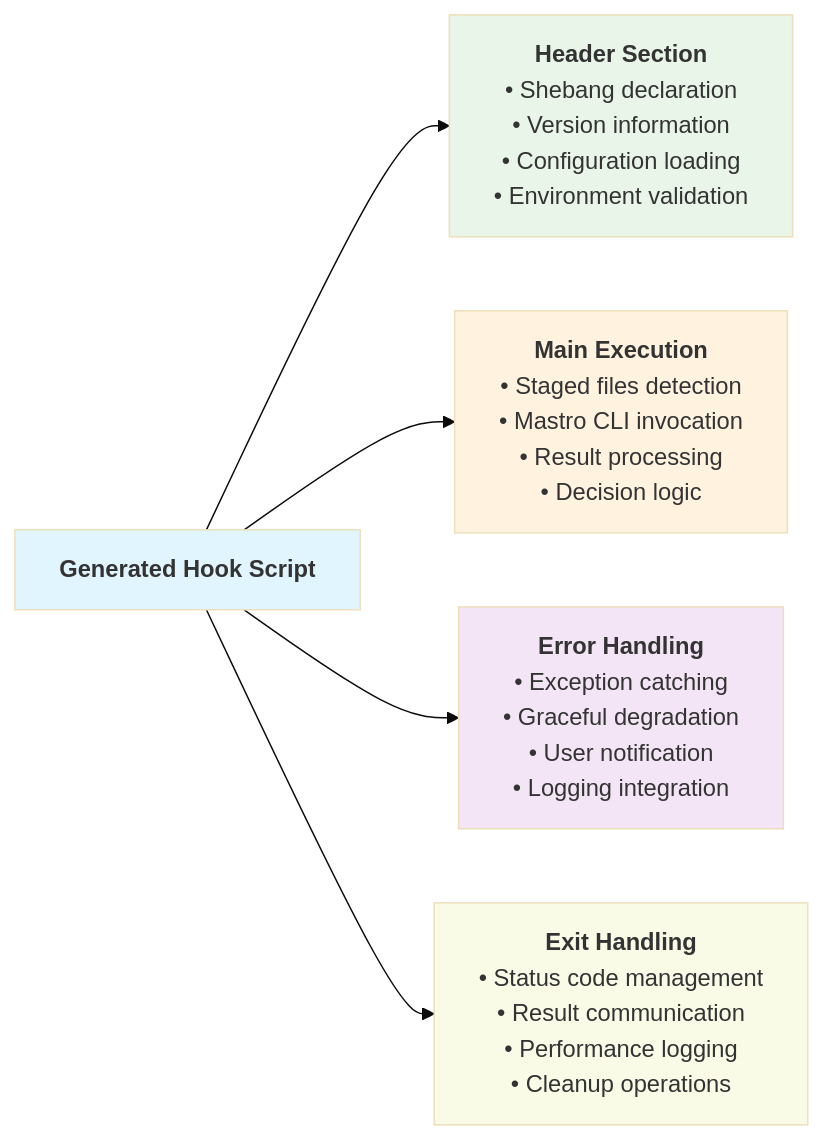
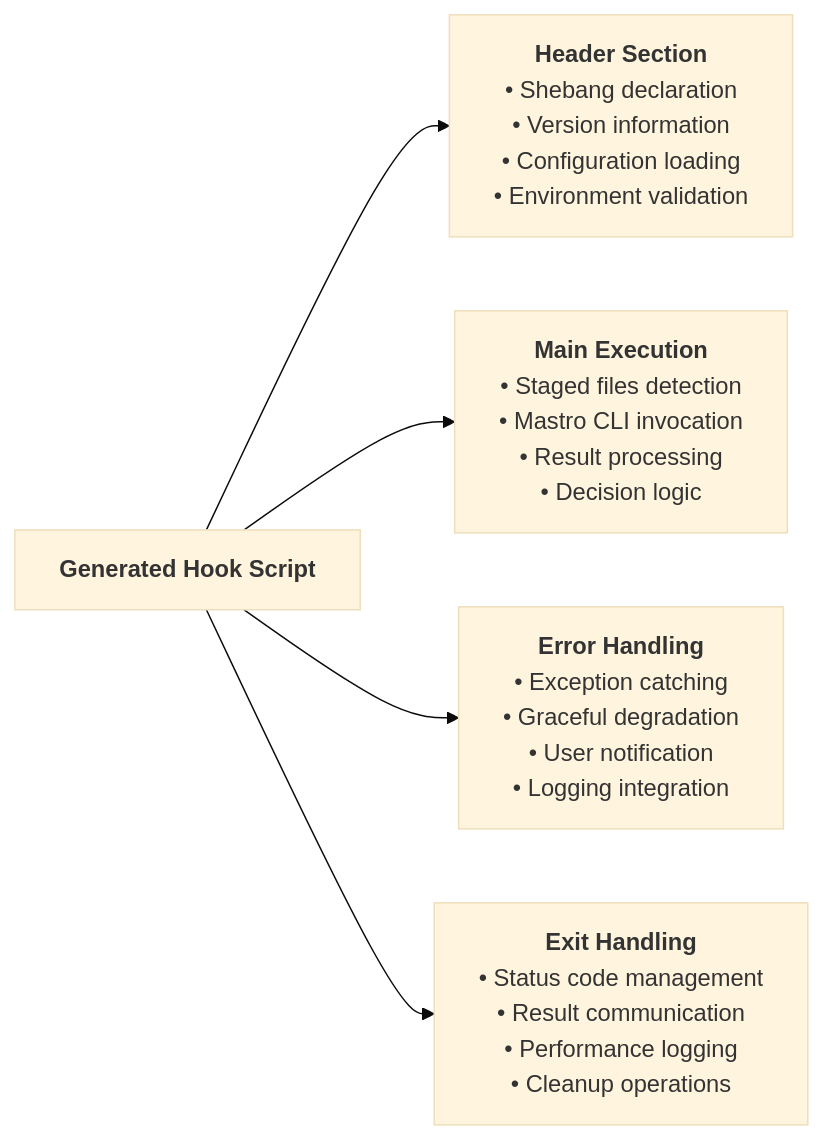
Before and after one commit to geogoesbeepboop/mastro: the seventh of 10 diagrams in docs/diagrams/mastro-hooks-flow.md, drawn with Mermaid (base theme). The commit also changed other lines of this file and 5 other files, not shown here.

First line of the commit message:
docs: update analytics and flow diagrams for clarity

````diff
--- a/docs/diagrams/mastro-hooks-flow.md
+++ b/docs/diagrams/mastro-hooks-flow.md
@@ -339,32 +351,34 @@
 ```mermaid
+
 flowchart LR
     HSS["`**Generated Hook Script**`"] --> HD["`**Header Section**
     • Shebang declaration
     • Version information
     • Configuration loading
     • Environment validation`"]
     
     HSS --> MC["`**Main Execution**
     • Staged files detection
     • Mastro CLI invocation
     • Result processing
     • Decision logic`"]
     
     HSS --> EH["`**Error Handling**
     • Exception catching
     • Graceful degradation
     • User notification
     • Logging integration`"]
     
     HSS --> EX["`**Exit Handling**
     • Status code management
     • Result communication
     • Performance logging
     • Cleanup operations`"]
 
-    style HSS fill:#e1f5fe
-    style HD fill:#e8f5e8
-    style MC fill:#fff3e0
-    style EH fill:#f3e5f5
-    style EX fill:#f9fbe7
+    style HSS fill:#e1f5fe color:#000000
+    style HD fill:#e8f5e8 color:#000000
+    style MC fill:#fff3e0 color:#000000
+    style EH fill:#f3e5f5 color:#000000
+    style EX fill:#f9fbe7 color:#000000
+
 ```
````
